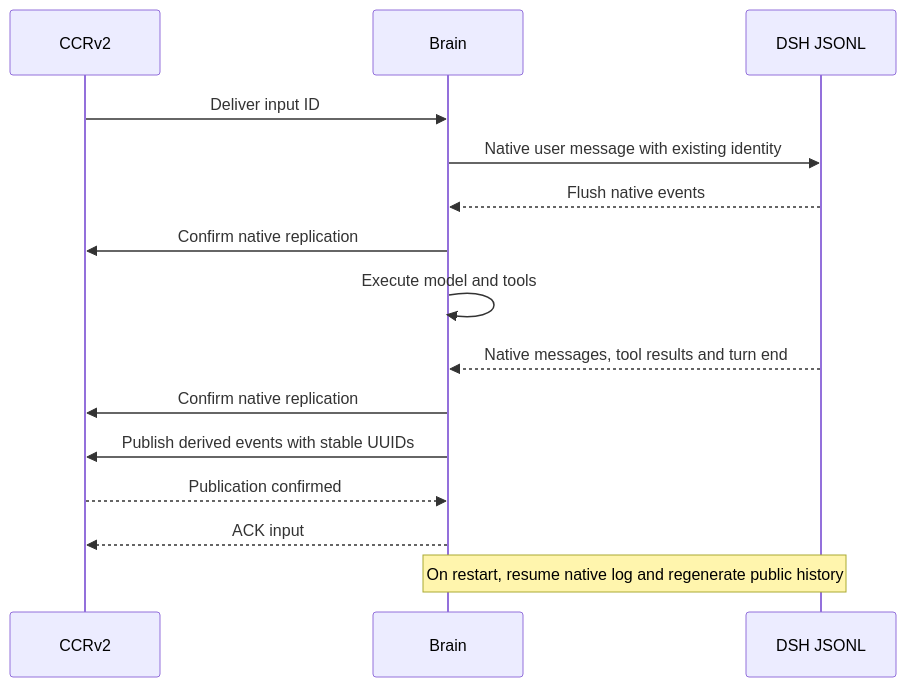
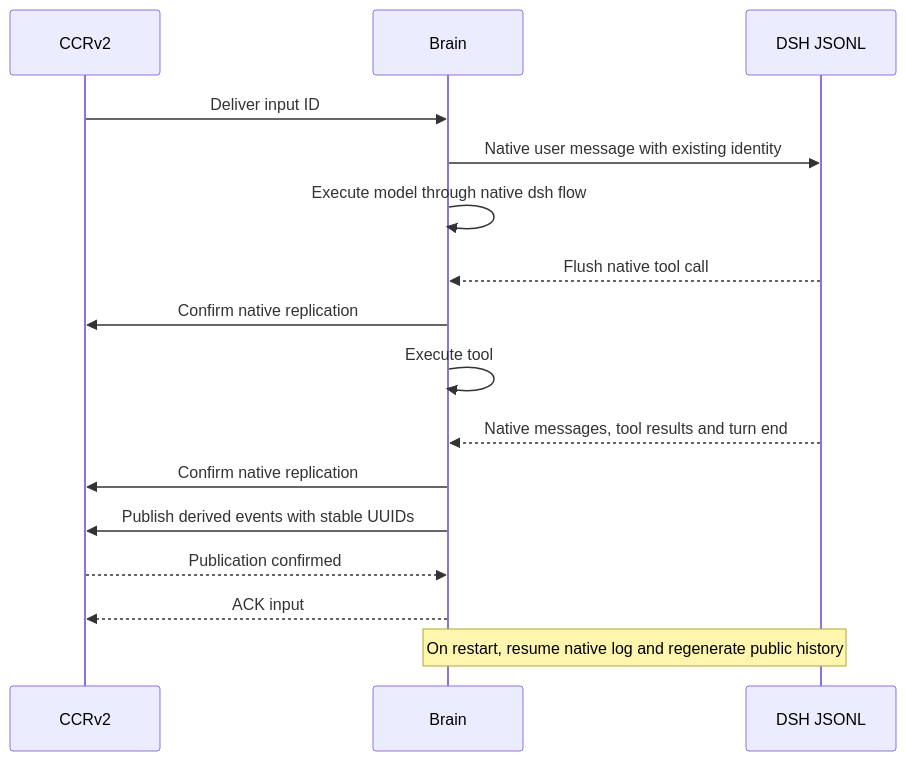
One commit to superduck-ai/open-managed-agents changed the seventh of 9 diagrams in docs/design/be/brain-runtime.md. Above: the diagram before and after it, drawn with Mermaid. The commit also changed other lines of this file and 9 other files, not shown here.

````diff
--- a/docs/design/be/brain-runtime.md
+++ b/docs/design/be/brain-runtime.md
@@ -244,17 +244,18 @@
 ```mermaid
 sequenceDiagram
     participant CCR as CCRv2
     participant B as Brain
     participant D as DSH JSONL
     CCR->>B: Deliver input ID
     B->>D: Native user message with existing identity
-    D-->>B: Flush native events
+    B->>B: Execute model through native dsh flow
+    D-->>B: Flush native tool call
     B->>CCR: Confirm native replication
-    B->>B: Execute model and tools
+    B->>B: Execute tool
     D-->>B: Native messages, tool results and turn end
     B->>CCR: Confirm native replication
     B->>CCR: Publish derived events with stable UUIDs
     CCR-->>B: Publication confirmed
     B-->>CCR: ACK input
     Note over B,D: On restart, resume native log and regenerate public history
 ```
````
